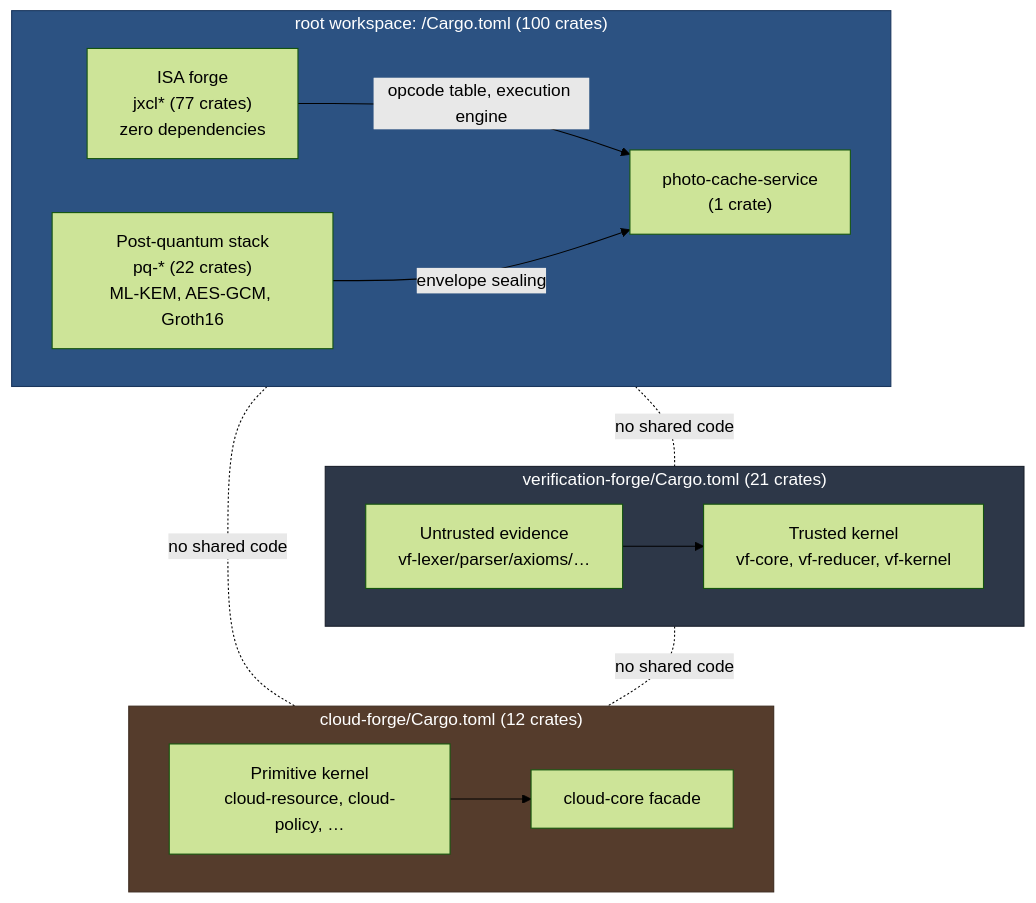
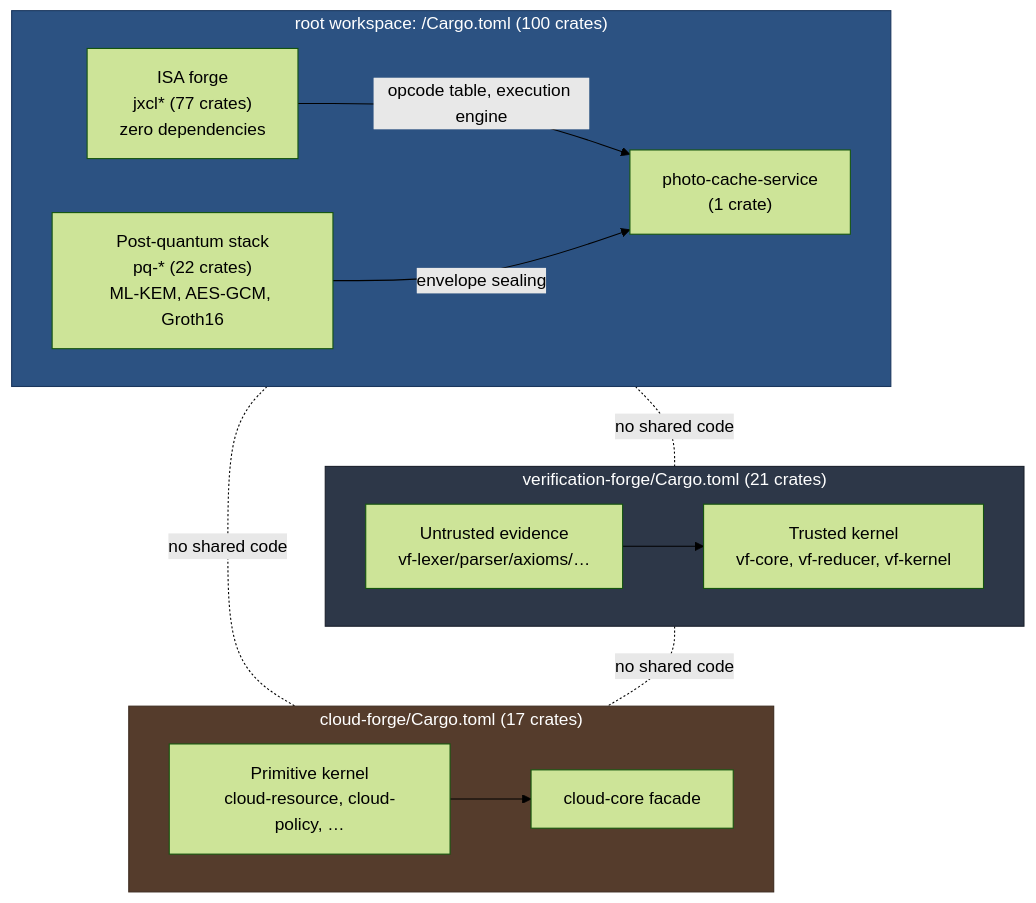
One commit to SNAPKITTYAGENT9NOVA/tlm-jxcl-forge changed the first of 5 diagrams in README.md. Above: the diagram before and after it, drawn with Mermaid (forest theme). The commit also changed other lines of this file and 13 other files, not shown here.

First line of the commit message:
cloud-forge: Phase 2, the control plane (5 crates)

````diff
--- a/README.md
+++ b/README.md
@@ -69,33 +69,33 @@
 ```mermaid
 flowchart TB
     subgraph ROOT["root workspace: /Cargo.toml (100 crates)"]
         direction LR
         isa["ISA forge<br/>jxcl* (77 crates)<br/>zero dependencies"]
         pq["Post-quantum stack<br/>pq-* (22 crates)<br/>ML-KEM, AES-GCM, Groth16"]
         svc["photo-cache-service<br/>(1 crate)"]
         isa -->|opcode table, execution engine| svc
         pq -->|envelope sealing| svc
     end
 
     subgraph VF["verification-forge/Cargo.toml (21 crates)"]
         direction LR
         vfk["Trusted kernel<br/>vf-core, vf-reducer, vf-kernel"]
         vfe["Untrusted evidence<br/>vf-lexer/parser/axioms/…"]
         vfe --> vfk
     end
 
-    subgraph CF["cloud-forge/Cargo.toml (12 crates)"]
+    subgraph CF["cloud-forge/Cargo.toml (17 crates)"]
         direction LR
         cfk["Primitive kernel<br/>cloud-resource, cloud-policy, …"]
         cfc["cloud-core facade"]
         cfk --> cfc
     end
 
     ROOT -.no shared code.- VF
     ROOT -.no shared code.- CF
     VF -.no shared code.- CF
 
     style ROOT fill:#2c5282,color:#fff,stroke:#1a365d
     style VF fill:#2d3748,color:#fff,stroke:#1a202c
     style CF fill:#553c2c,color:#fff,stroke:#3d2b1f
 ```
````
